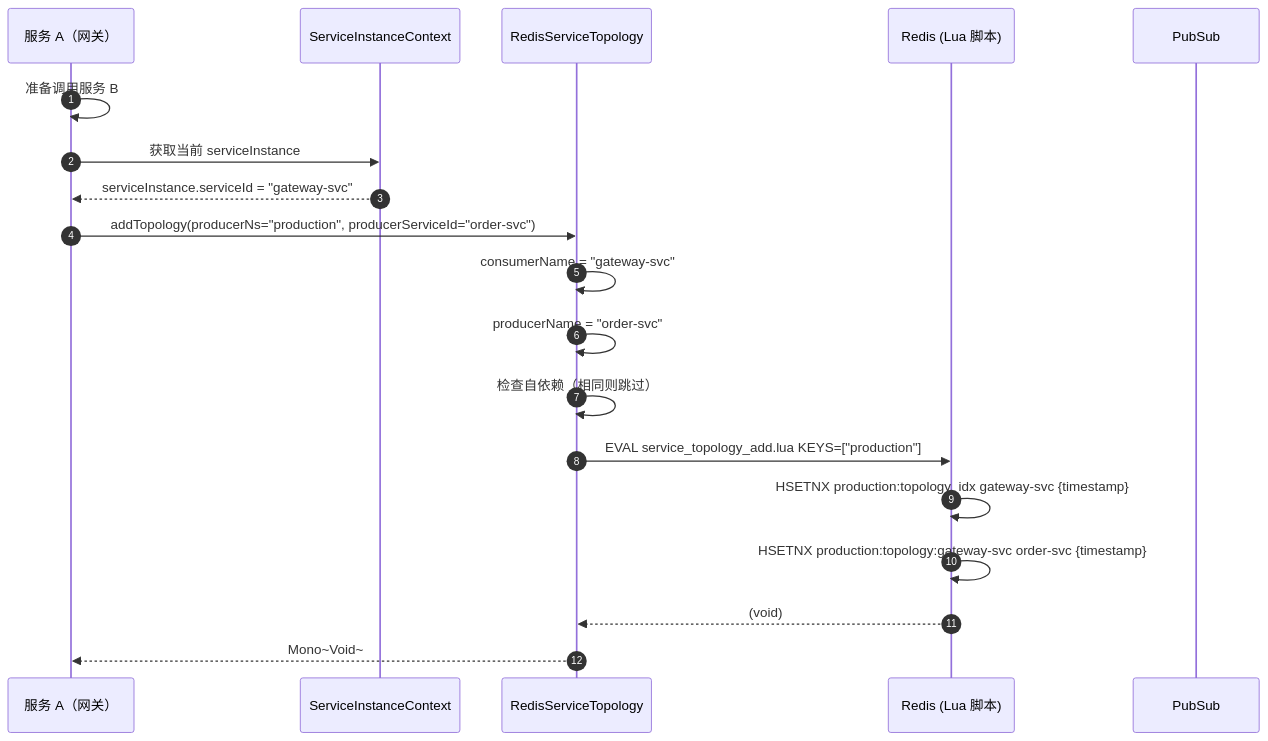
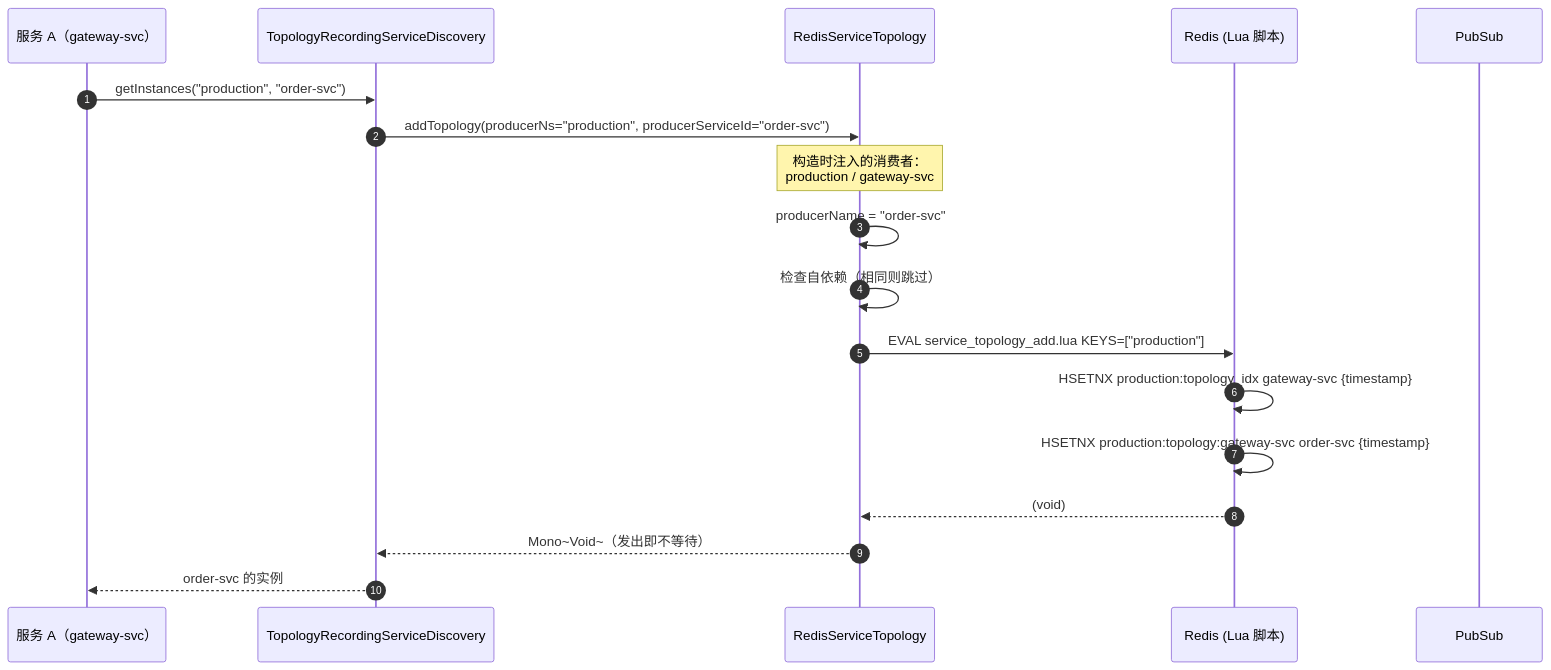
One commit to Ahoo-Wang/CoSky changed the third of 5 diagrams in wiki/zh/guide/service-topology.md. Above: the diagram before and after it, drawn with Mermaid. The commit also changed other lines of this file and 35 other files, not shown here.

````diff
--- a/wiki/zh/guide/service-topology.md
+++ b/wiki/zh/guide/service-topology.md
@@ -104,22 +109,21 @@
 ```mermaid
 sequenceDiagram
     autonumber
-    participant SvcA as 服务 A（网关）
-    participant SC as ServiceInstanceContext
+    participant SvcA as 服务 A（gateway-svc）
+    participant TRD as TopologyRecordingServiceDiscovery
     participant RST as RedisServiceTopology
     participant Redis as Redis (Lua 脚本)
     participant Sub as PubSub
 
-    SvcA->>SvcA: 准备调用服务 B
-    SvcA->>SC: 获取当前 serviceInstance
-    SC-->>SvcA: serviceInstance.serviceId = "gateway-svc"
-    SvcA->>RST: addTopology(producerNs="production", producerServiceId="order-svc")
-    RST->>RST: consumerName = "gateway-svc"
+    SvcA->>TRD: getInstances("production", "order-svc")
+    TRD->>RST: addTopology(producerNs="production", producerServiceId="order-svc")
+    Note over RST: 构造时注入的消费者：<br>production / gateway-svc
     RST->>RST: producerName = "order-svc"
     RST->>RST: 检查自依赖（相同则跳过）
     RST->>Redis: EVAL service_topology_add.lua KEYS=["production"]
     Redis->>Redis: HSETNX production:topology_idx gateway-svc {timestamp}
     Redis->>Redis: HSETNX production:topology:gateway-svc order-svc {timestamp}
     Redis-->>RST: (void)
-    RST-->>SvcA: Mono~Void~
+    RST-->>TRD: Mono~Void~（发出即不等待）
+    TRD-->>SvcA: order-svc 的实例
 ```
````
